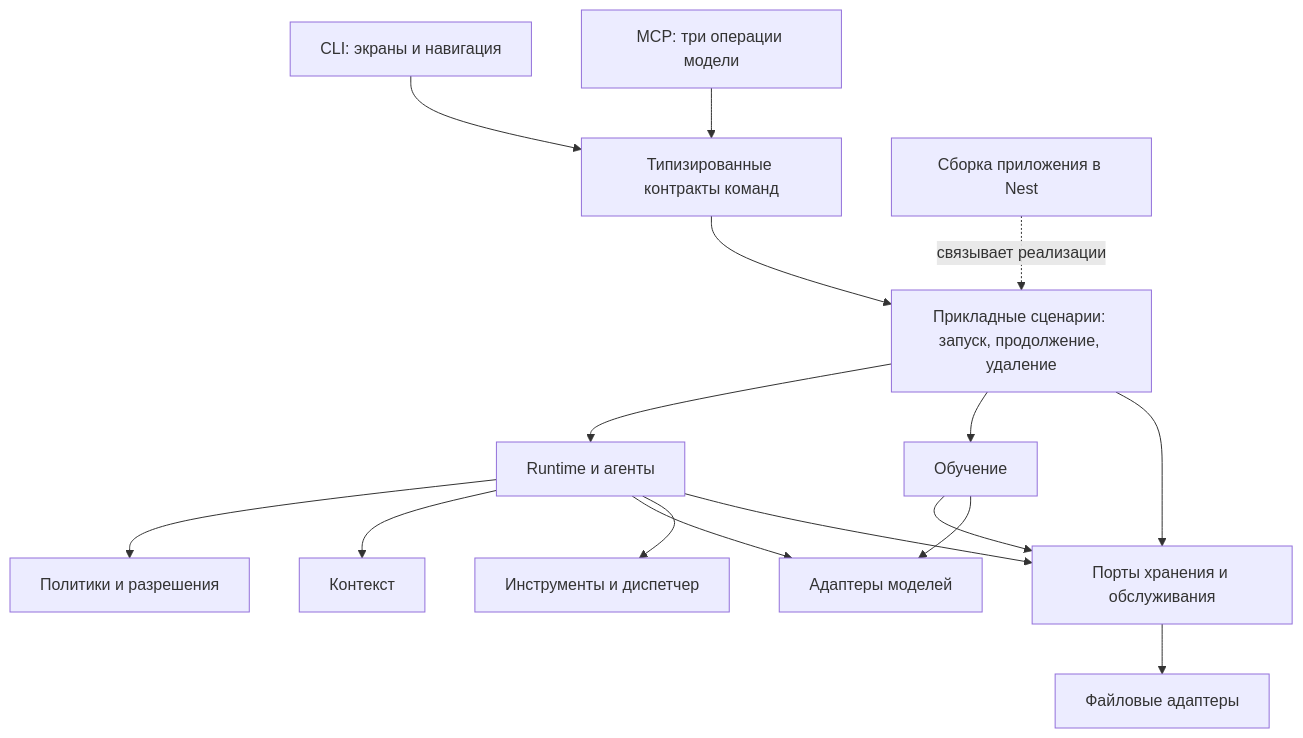
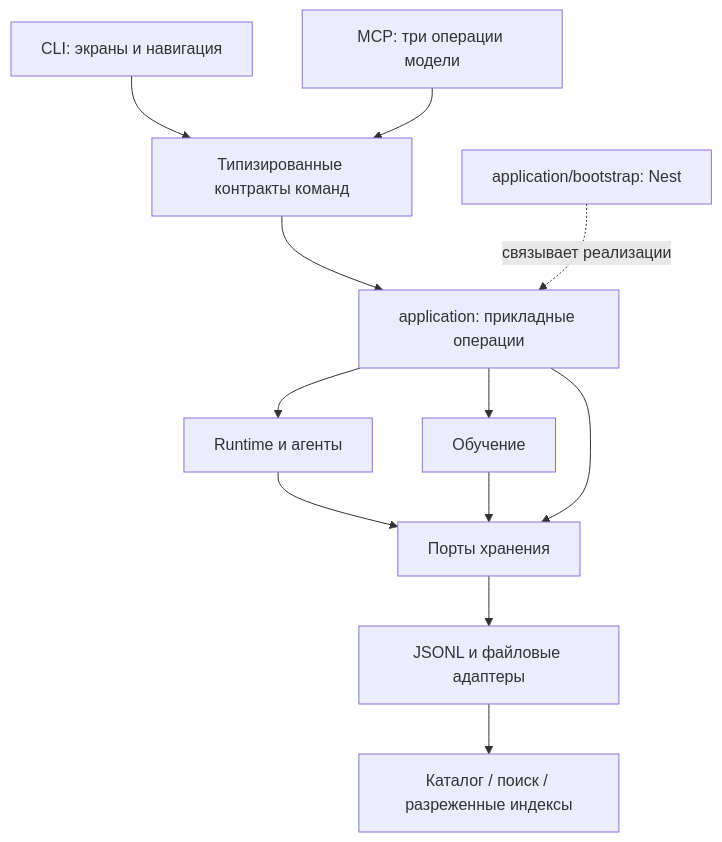
One commit to ghost-raven1/harness changed the diagram in docs/architecture-roadmap.md. Above: the diagram before and after it, drawn with Mermaid. The commit also changed other lines of this file and 160 other files, not shown here.

````diff
--- a/docs/architecture-roadmap.md
+++ b/docs/architecture-roadmap.md
@@ -13,18 +9,14 @@
 ```mermaid
 flowchart TB
   CLI[CLI: экраны и навигация] --> API[Типизированные контракты команд]
   MCP[MCP: три операции модели] --> API
-  API --> APP[Прикладные сценарии: запуск, продолжение, удаление]
+  API --> APP[application: прикладные операции]
   APP --> RUNTIME[Runtime и агенты]
   APP --> LEARNING[Обучение]
-  APP --> STORAGE[Порты хранения и обслуживания]
-  RUNTIME --> POLICY[Политики и разрешения]
-  RUNTIME --> CONTEXT[Контекст]
-  RUNTIME --> PROVIDERS[Адаптеры моделей]
-  RUNTIME --> TOOLS[Инструменты и диспетчер]
-  RUNTIME --> STORAGE
-  LEARNING --> STORAGE
-  LEARNING --> PROVIDERS
-  STORAGE --> FILES[Файловые адаптеры]
-  BOOT[Сборка приложения в Nest] -. связывает реализации .-> APP
+  RUNTIME --> PORTS[Порты хранения]
+  LEARNING --> PORTS
+  APP --> PORTS
+  PORTS --> FILES[JSONL и файловые адаптеры]
+  FILES --> DERIVED[Каталог / поиск / разреженные индексы]
+  BOOT[application/bootstrap: Nest] -. связывает реализации .-> APP
 ```
````
